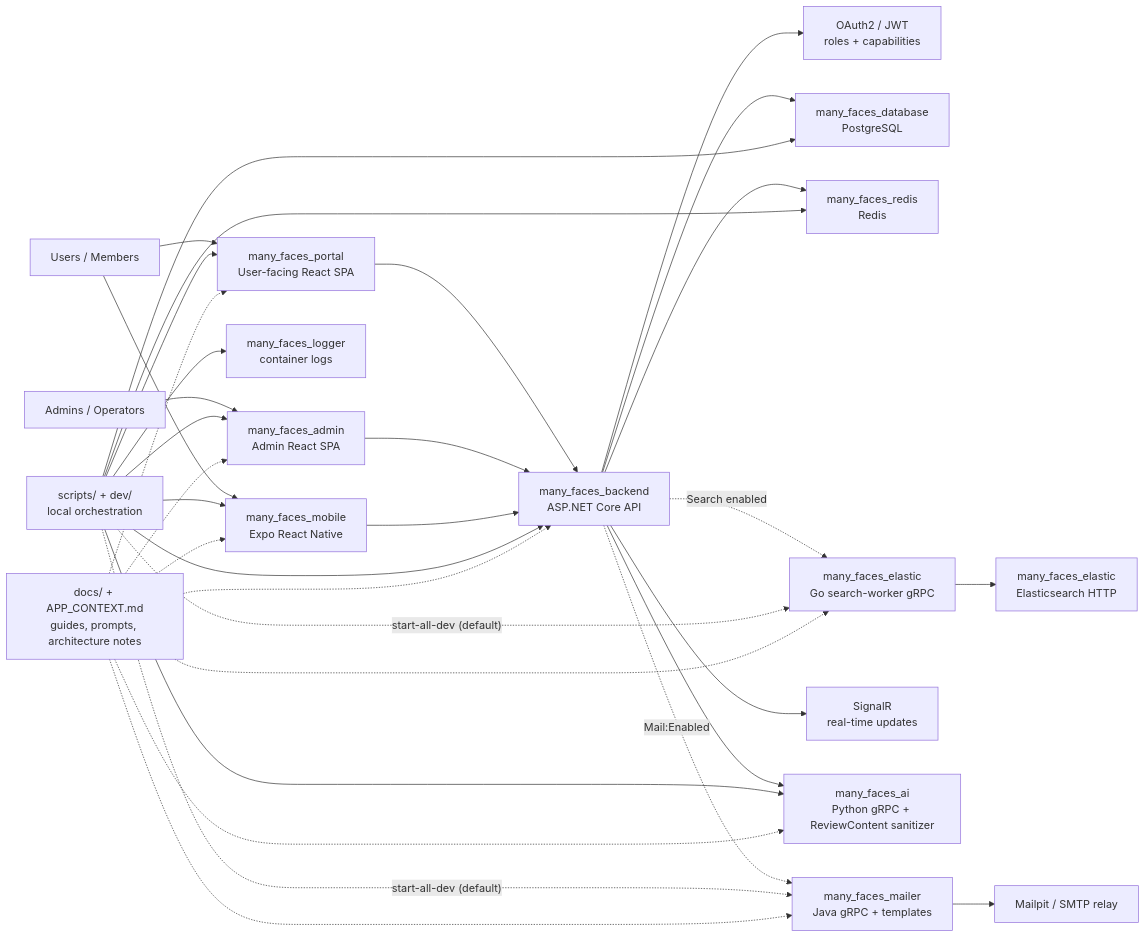
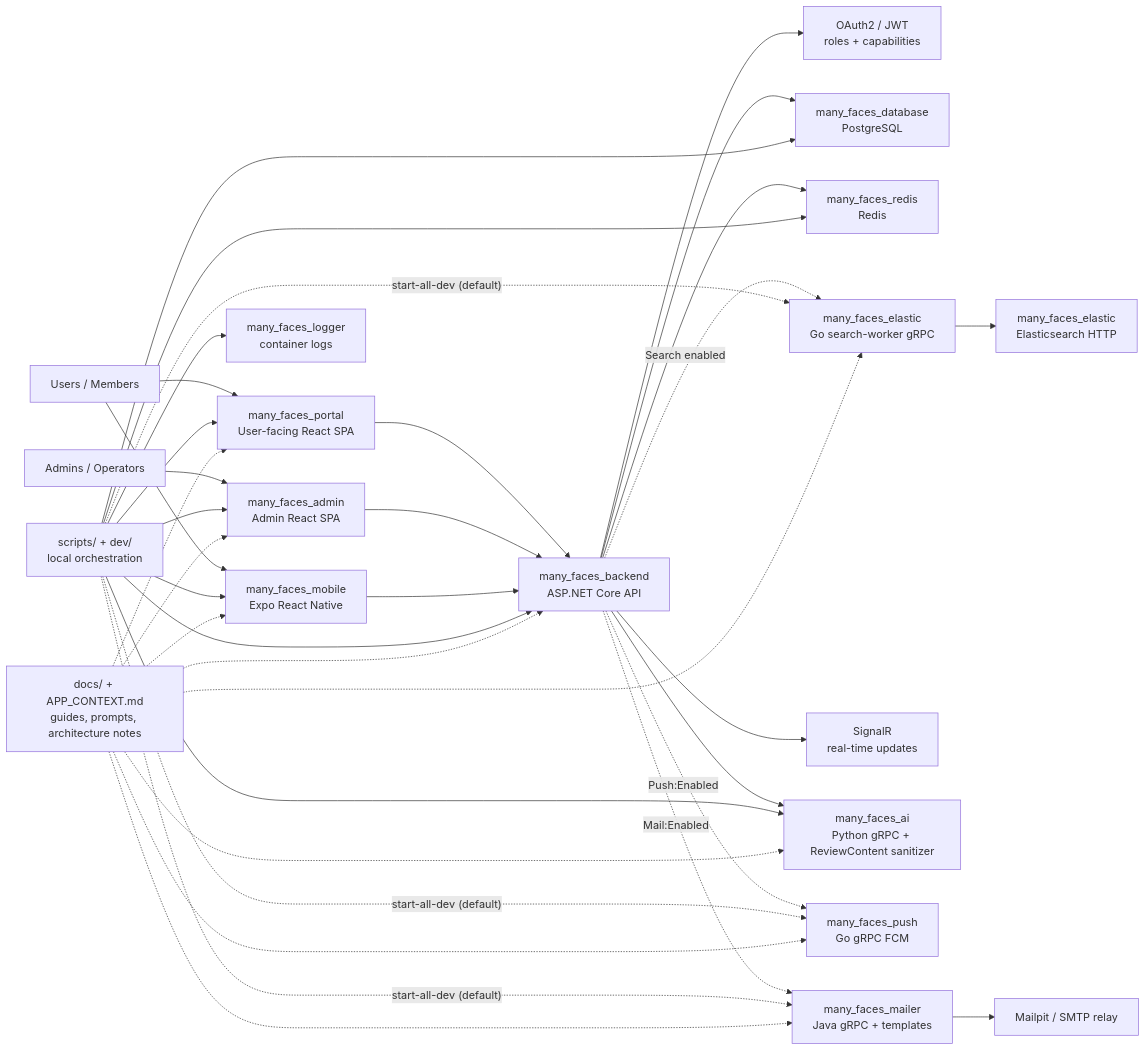
Before and after one commit to 01laky/mfai_demo: the third of 13 diagrams in README.md, drawn with Mermaid. The commit also changed other lines of this file and 3 other files, not shown here.

First line of the commit message:
docs: align root architecture diagrams with worker stack

````diff
--- a/README.md
+++ b/README.md
@@ -100,43 +100,47 @@
 ```mermaid
 flowchart LR
     visitor["Users / Members"] --> fe["many_faces_portal<br/>User-facing React SPA"]
     visitor --> mobile["many_faces_mobile<br/>Expo React Native"]
     adminUser["Admins / Operators"] --> admin["many_faces_admin<br/>Admin React SPA"]
 
     fe --> api["many_faces_backend<br/>ASP.NET Core API"]
     admin --> api
     mobile --> api
 
     api --> auth["OAuth2 / JWT<br/>roles + capabilities"]
     api --> db["many_faces_database<br/>PostgreSQL"]
     api --> redis["many_faces_redis<br/>Redis"]
     sw["many_faces_elastic<br/>Go search-worker gRPC"]
     esx["many_faces_elastic<br/>Elasticsearch HTTP"]
     sw --> esx
     api -.->|"Search enabled"| sw
     api --> realtime["SignalR<br/>real-time updates"]
     api --> ai["many_faces_ai<br/>Python gRPC + ReviewContent sanitizer"]
+    pw["many_faces_push<br/>Go gRPC FCM"]
     mw["many_faces_mailer<br/>Java gRPC + templates"]
     smtp["Mailpit / SMTP relay"]
+    api -.->|"Push:Enabled"| pw
     api -.->|"Mail:Enabled"| mw
     mw --> smtp
 
     scripts["scripts/ + dev/<br/>local orchestration"] --> fe
     scripts --> admin
     scripts --> api
     scripts --> db
     scripts --> redis
     scripts -.->|"start-all-dev (default)"| sw
+    scripts -.->|"start-all-dev (default)"| pw
     scripts -.->|"start-all-dev (default)"| mw
     scripts --> ai
     scripts --> mobile
     scripts --> logs["many_faces_logger<br/>container logs"]
 
     docs["docs/ + APP_CONTEXT.md<br/>guides, prompts, architecture notes"] -.-> fe
     docs -.-> admin
     docs -.-> api
     docs -.-> ai
     docs -.-> mobile
     docs -.-> sw
+    docs -.-> pw
     docs -.-> mw
 ```
````
